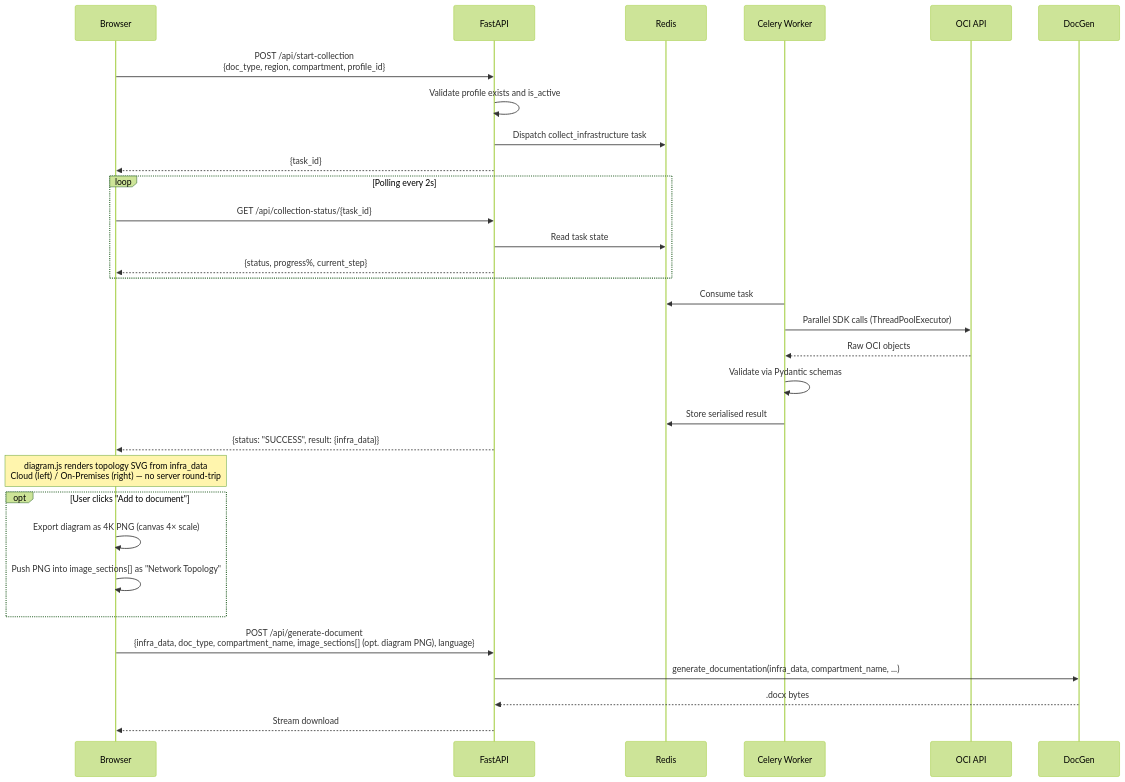
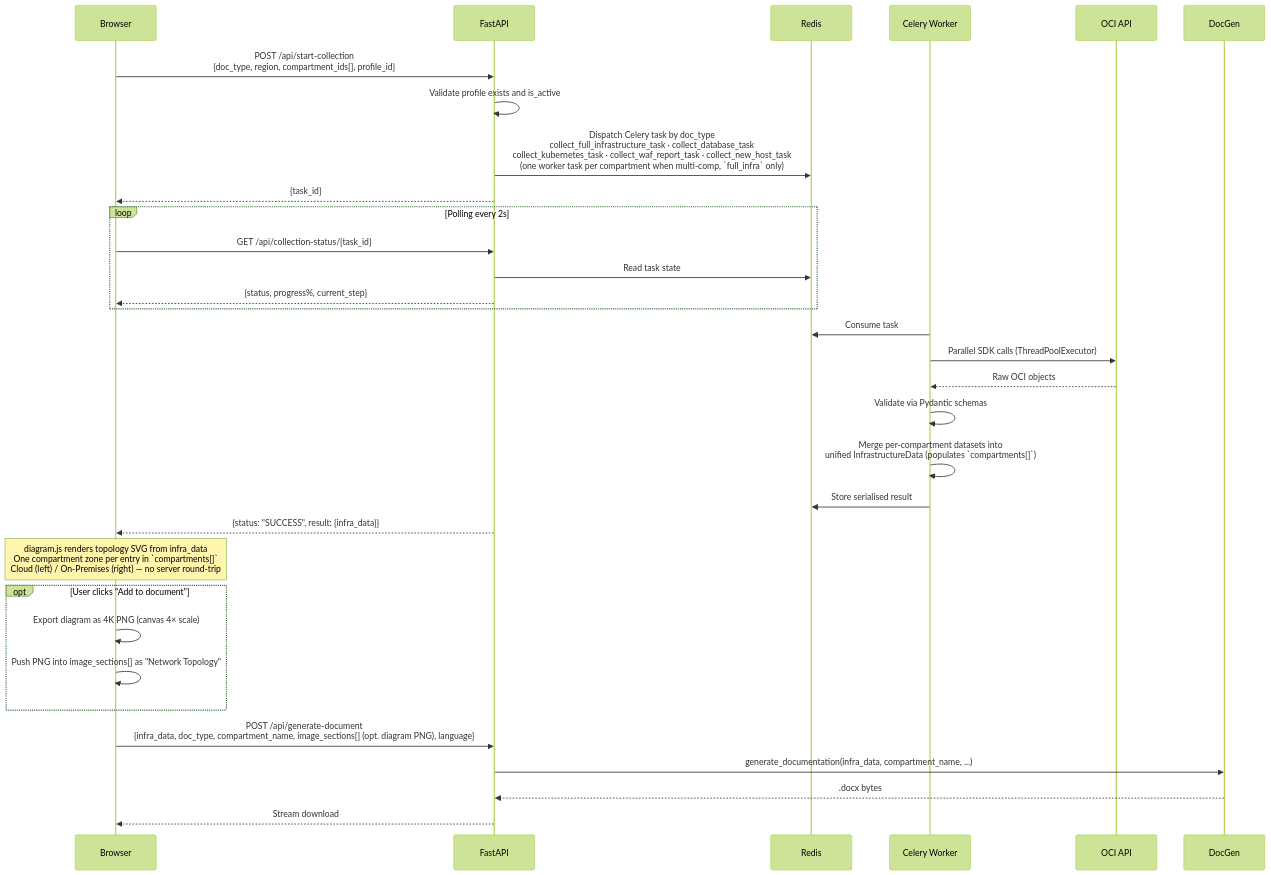
One commit to Pedr0Teixeira/oci-docgen changed the second of 9 diagrams in README.md. Above: the diagram before and after it, drawn with Mermaid (forest theme). The commit also changed other lines of this file and 6 other files, not shown here.

````diff
--- a/README.md
+++ b/README.md
@@ -176,39 +184,40 @@
 ```mermaid
 sequenceDiagram
   participant B as Browser
   participant A as FastAPI
   participant R as Redis
   participant C as Celery Worker
   participant O as OCI API
 
-  B->>A: POST /api/start-collection<br/>{doc_type, region, compartment, profile_id}
+  B->>A: POST /api/start-collection<br/>{doc_type, region, compartment_ids[], profile_id}
   A->>A: Validate profile exists and is_active
-  A->>R: Dispatch collect_infrastructure task
+  A->>R: Dispatch Celery task by doc_type<br/>collect_full_infrastructure_task · collect_database_task<br/>collect_kubernetes_task · collect_waf_report_task · collect_new_host_task<br/>(one worker task per compartment when multi-comp, `full_infra` only)
   A-->>B: {task_id}
 
   loop Polling every 2s
     B->>A: GET /api/collection-status/{task_id}
     A->>R: Read task state
     A-->>B: {status, progress%, current_step}
   end
 
   C->>R: Consume task
   C->>O: Parallel SDK calls (ThreadPoolExecutor)
   O-->>C: Raw OCI objects
   C->>C: Validate via Pydantic schemas
+  C->>C: Merge per-compartment datasets into<br/>unified InfrastructureData (populates `compartments[]`)
   C->>R: Store serialised result
 
   A-->>B: {status: "SUCCESS", result: {infra_data}}
 
-  Note over B: diagram.js renders topology SVG from infra_data<br/>Cloud (left) / On-Premises (right) — no server round-trip
+  Note over B: diagram.js renders topology SVG from infra_data<br/>One compartment zone per entry in `compartments[]`<br/>Cloud (left) / On-Premises (right) — no server round-trip
 
   opt User clicks "Add to document"
     B->>B: Export diagram as 4K PNG (canvas 4× scale)
     B->>B: Push PNG into image_sections[] as "Network Topology"
   end
 
   B->>A: POST /api/generate-document<br/>{infra_data, doc_type, compartment_name, image_sections[] (opt. diagram PNG), language}
   A->>DocGen: generate_documentation(infra_data, compartment_name, ...)
   DocGen-->>A: .docx bytes
   A-->>B: Stream download
 ```
````
